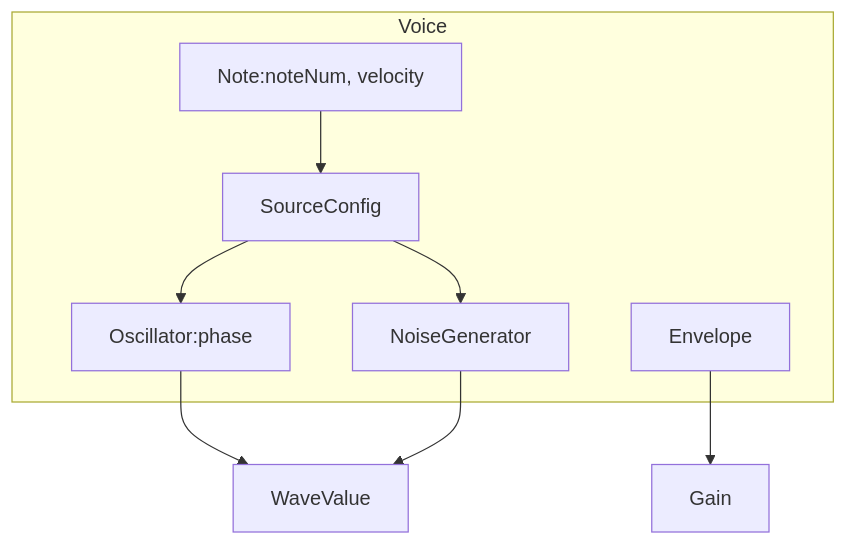
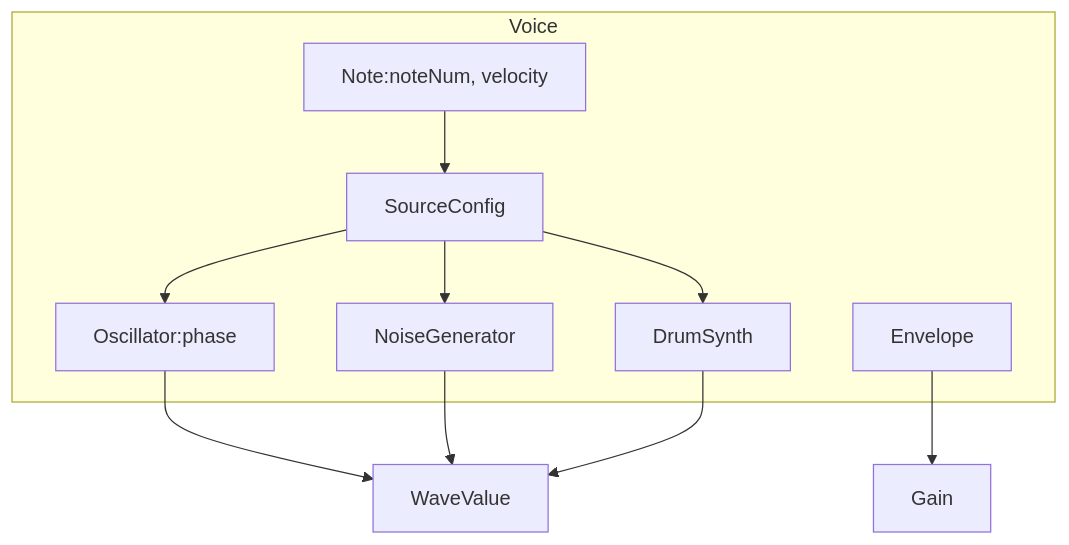
The third of 4 diagrams in F-Synthesizer/Architecture.md (SunagimoOisii/F-Synthesizer), drawn with Mermaid before and after one commit. The commit also changed other lines of this file and 4 other files, not shown here.

````diff
--- a/F-Synthesizer/Architecture.md
+++ b/F-Synthesizer/Architecture.md
@@ -61,17 +64,20 @@
 ```mermaid
 flowchart TB
     subgraph Voice
         Note[Note:noteNum, velocity]
         Src[SourceConfig]
         Osc[Oscillator:phase]
         Noise[NoiseGenerator]
+        Drum[DrumSynth]
         Env[Envelope]
     end
 
     Note --> Src
     Src --> Osc
     Src --> Noise
+    Src --> Drum
     Osc --> Out[WaveValue]
     Noise --> Out
+    Drum --> Out
     Env --> Gain
 ```
````
